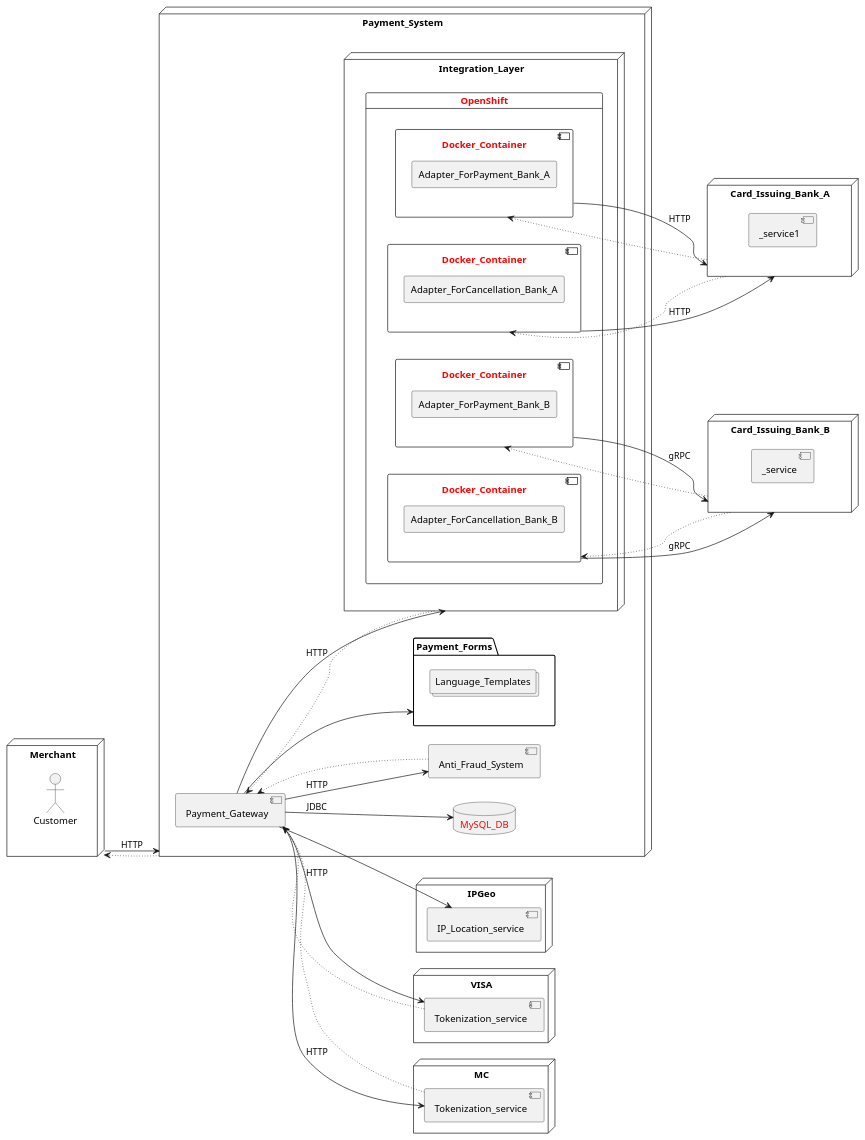
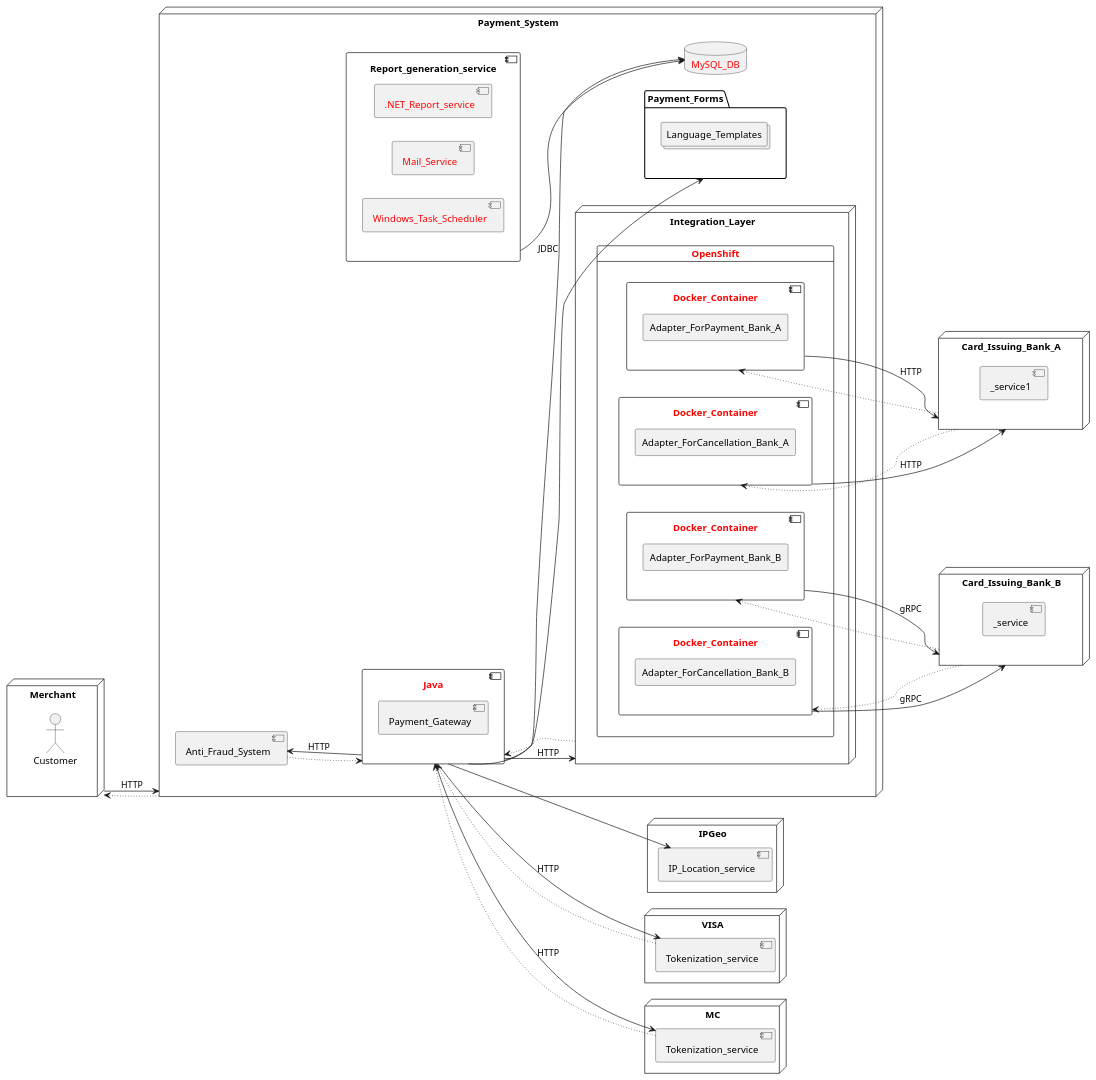
One commit to Hello-Stella/Solutions changed the diagram in .idea/src/main/OpenApi/3 System architecture/3.1 Component diagram.puml. Above: the diagram before and after it, drawn with PlantUML. The commit also changed 1 other file, not shown here.

```diff
--- a/.idea/src/main/OpenApi/3 System architecture/3.1 Component diagram.puml
+++ b/.idea/src/main/OpenApi/3 System architecture/3.1 Component diagram.puml
@@ -1,94 +1,111 @@
 @startuml
 
 left to right direction
 
 
 node Merchant as A{
 actor Customer
 }
 
 
-node Payment_System as B{
-component Payment_Gateway as C
+node Payment_System as B {
+component Java as C #text:red{
+component Payment_Gateway
+}
+
+
 component Anti_Fraud_System as D
 node Integration_Layer as E {
 card OpenShift #text:red {
 
 component Docker_Container as F #text:red {
 agent Adapter_ForPayment_Bank_A
 }
 
 component Docker_Container as F1 #text:red {
 agent Adapter_ForCancellation_Bank_A
 }
 
 
 component Docker_Container as G #text:red {
 agent Adapter_ForPayment_Bank_B
 }
 
 component Docker_Container as G1 #text:red {
 agent Adapter_ForCancellation_Bank_B
 }
 
-
 }
 
 }
 
 database MySQL_DB as DB #text:red
 
 
 folder Payment_Forms as L {
 collections Language_Templates
 
 }
+
+ component Report_generation_service as Y {
+   component ".NET_Report_service" #text:red {
+}
+   component Mail_Service #text:red{
+}
+
+   component Windows_Task_Scheduler #text:red{
+}
+
+}
+
 }
 
 
 
 node IPGeo {
 component IP_Location_service as M
 }
 
 node VISA {
 component Tokenization_service as H
 }
 
 node MC {
 component Tokenization_service as I
 }
 
 
 node Card_Issuing_Bank_A as J {
 component _service1
 }
 
 
 node Card_Issuing_Bank_B as K {
 component _service
 }
 
 
 A-->B : HTTP
 B~~>A
 C-->L
 C-->E : HTTP
 E~~>C
 C-->D : HTTP
 D~~>C
 C-->DB : JDBC
 C-->H : HTTP
 H~~>C
 C-->M
 C-->I : HTTP
 I~~>C
 F-->J : HTTP
 J~~>F
 F1-->J : HTTP
 J~~>F1
 G-->K : gRPC
 K~~>G
 G1-->K : gRPC
 K~~>G1
+Y-->DB
+
 @enduml
```
